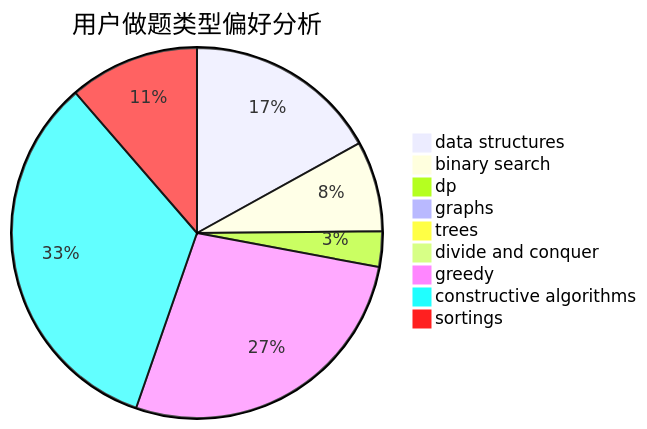
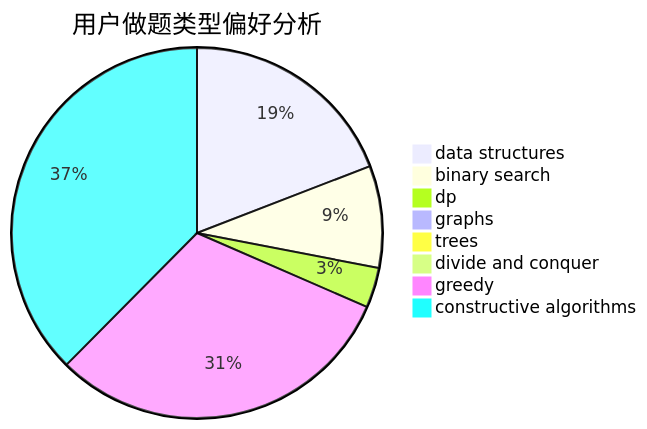
One commit to sherpahu/cfrs.github.io changed the second of 3 diagrams in docs/user/u153.md. Above: the diagram before and after it, drawn with Mermaid. The commit also changed other lines of this file and 2769 other files, not shown here.

````diff
--- a/docs/user/u153.md
+++ b/docs/user/u153.md
@@ -18,12 +18,11 @@
 ```mermaid
 pie title 用户做题类型偏好分析
     "data structures" :  361
     "binary search" :  168
     "dp" :  66
     "graphs" :  4
     "trees" :  18
     "divide and conquer" :  0
     "greedy" :  583
     "constructive algorithms" :  709
-    "sortings" :  242
 ```
````
